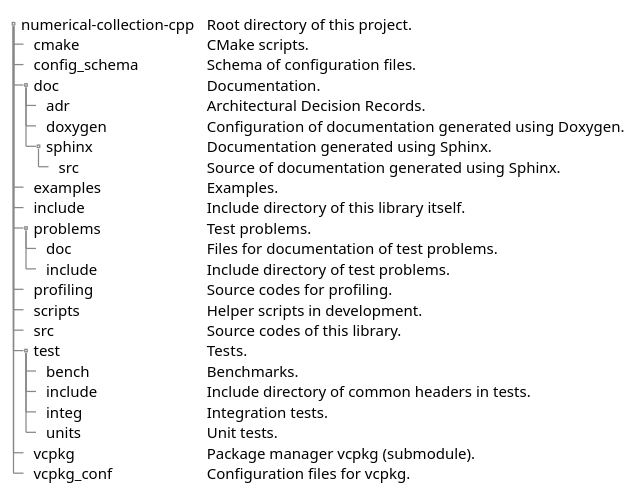
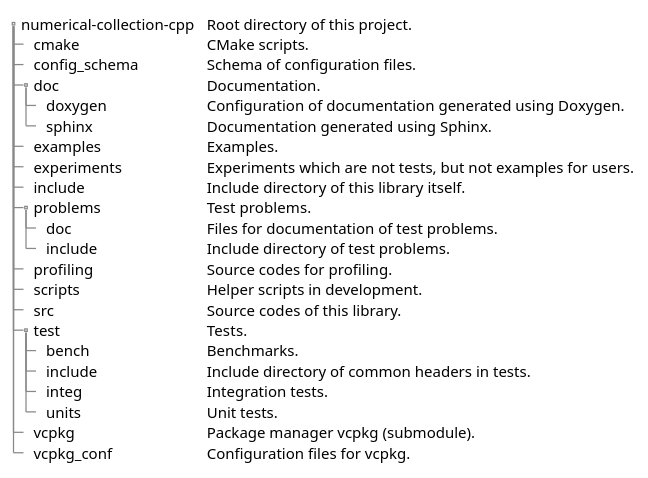
The diagram in doc/sphinx/src/directories.rst (MusicScience37/numerical-collection-cpp), drawn with PlantUML before and after one commit.

Commit message:
:books: Update directory structure documentation.

```diff
--- a/doc/sphinx/src/directories.rst
+++ b/doc/sphinx/src/directories.rst
@@ -4,31 +4,30 @@
 .. uml::
 
     @startsalt
     {
     {T
     + numerical-collection-cpp  | Root directory of this project.
     ++ cmake                    | CMake scripts.
     ++ config_schema            | Schema of configuration files.
     ++ doc                      | Documentation.
-    +++ adr                     | Architectural Decision Records.
     +++ doxygen                 | Configuration of documentation generated using Doxygen.
     +++ sphinx                  | Documentation generated using Sphinx.
-    ++++ src                    | Source of documentation generated using Sphinx.
     ++ examples                 | Examples.
+    ++ experiments              | Experiments which are not tests, but not examples for users.
     ++ include                  | Include directory of this library itself.
     ++ problems                 | Test problems.
     +++ doc                     | Files for documentation of test problems.
     +++ include                 | Include directory of test problems.
     ++ profiling                | Source codes for profiling.
     ++ scripts                  | Helper scripts in development.
     ++ src                      | Source codes of this library.
     ++ test                     | Tests.
     +++ bench                   | Benchmarks.
     +++ include                 | Include directory of common headers in tests.
     +++ integ                   | Integration tests.
     +++ units                   | Unit tests.
     ++ vcpkg                    | Package manager vcpkg (submodule).
     ++ vcpkg_conf               | Configuration files for vcpkg.
     }
     }
     @endsalt
```
